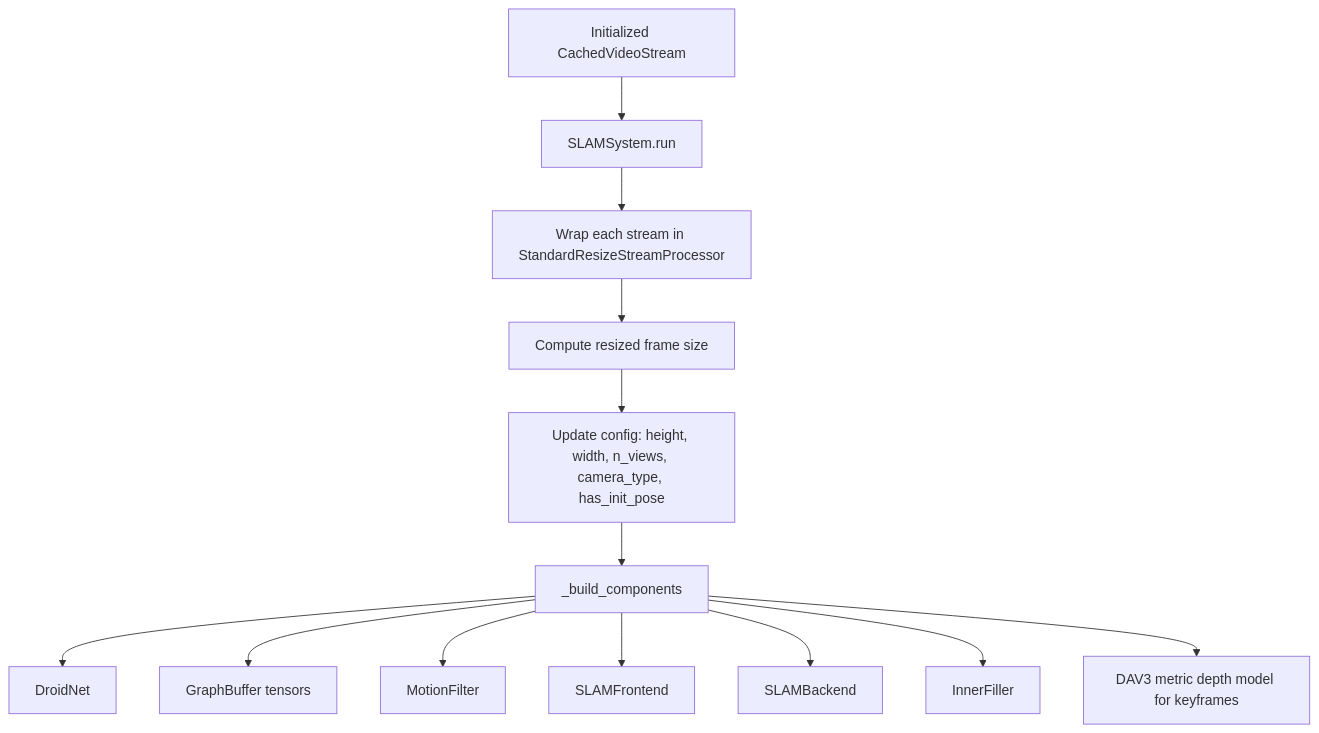
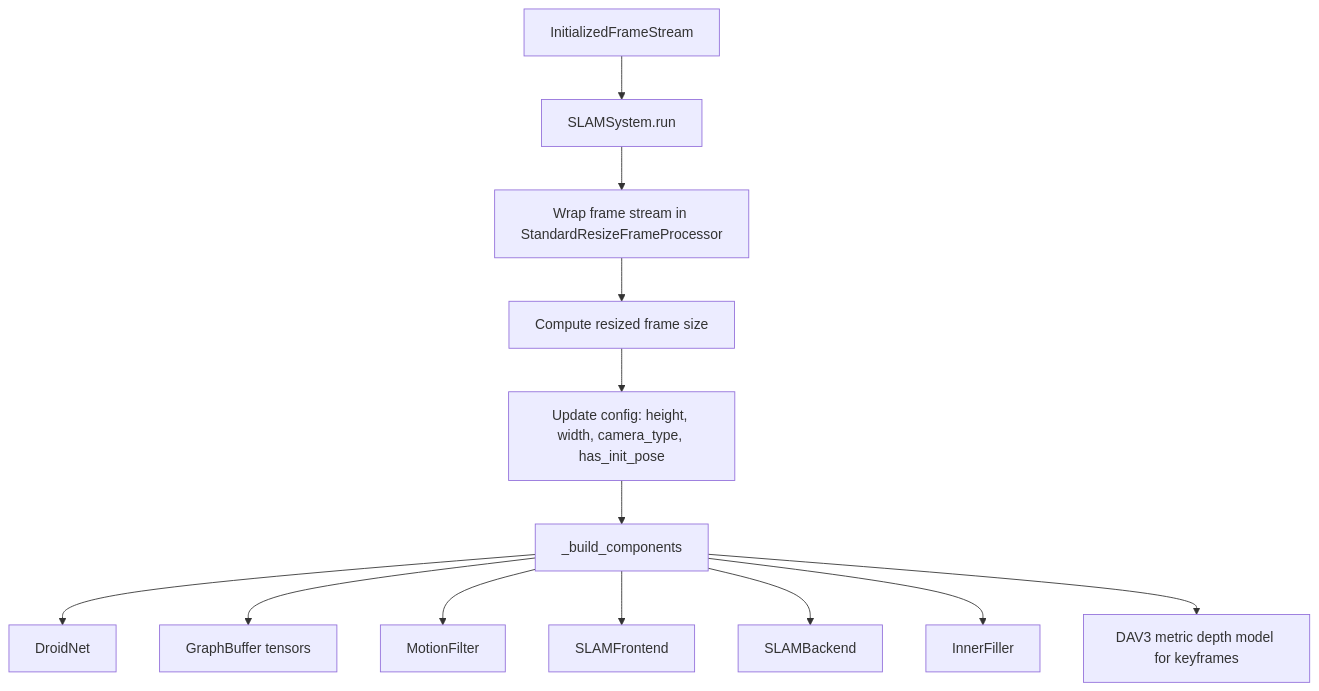
The sixth of 13 diagrams in fullexplain.md (sadanand1120/vipe), drawn with Mermaid before and after one commit. The commit also changed other lines of this file and 85 other files, not shown here.

````diff
--- a/fullexplain.md
+++ b/fullexplain.md
@@ -574,15 +527,15 @@
 ```mermaid
 flowchart TD
-    A[Initialized CachedVideoStream] --> B[SLAMSystem.run]
-    B --> C[Wrap each stream in StandardResizeStreamProcessor]
+    A[InitializedFrameStream] --> B[SLAMSystem.run]
+    B --> C[Wrap frame stream in StandardResizeFrameProcessor]
     C --> D[Compute resized frame size]
-    D --> E[Update config: height, width, n_views, camera_type, has_init_pose]
+    D --> E[Update config: height, width, camera_type, has_init_pose]
     E --> F[_build_components]
     F --> F1[DroidNet]
     F --> F2[GraphBuffer tensors]
     F --> F3[MotionFilter]
     F --> F4[SLAMFrontend]
     F --> F5[SLAMBackend]
     F --> F6[InnerFiller]
     F --> F7[DAV3 metric depth model for keyframes]
 ```
````
